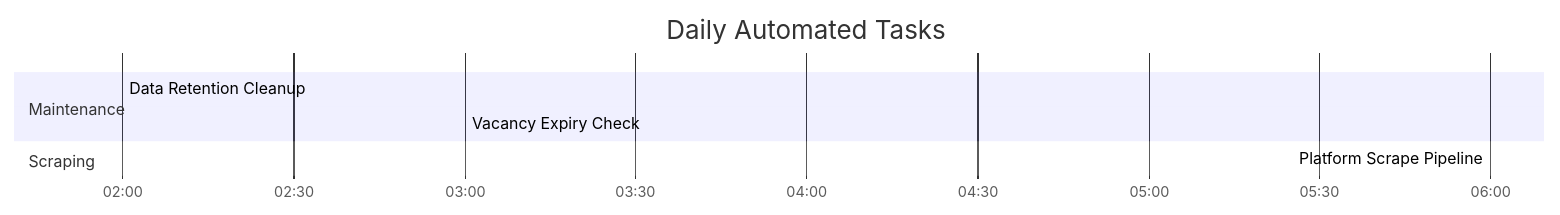
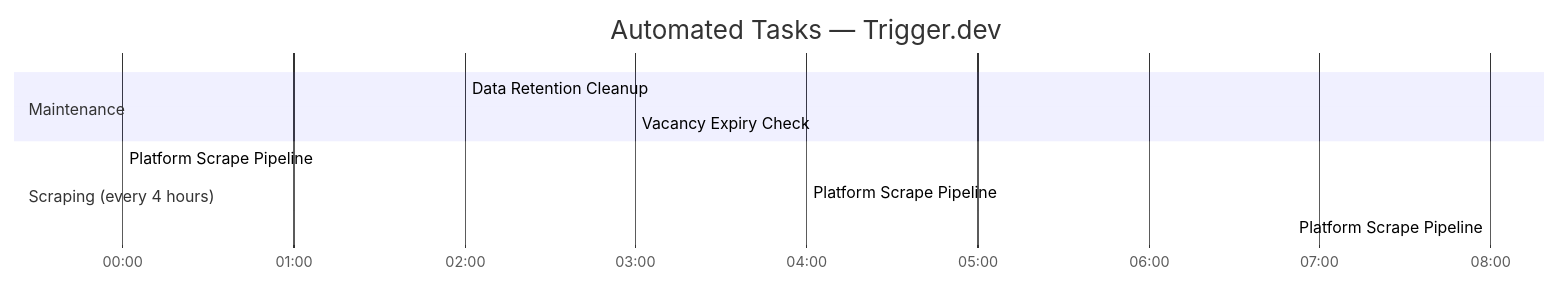
The ninth of 11 diagrams in README.en.md (RyanLisse/motian), drawn with Mermaid before and after one commit. The commit also changed other lines of this file and 1 other file, not shown here.

First line of the commit message:
docs: update READMEs with 3-layer matching, CV pipeline, Trigger.dev, Grok 4

````diff
--- a/README.en.md
+++ b/README.en.md
@@ -296,13 +397,15 @@
 ```mermaid
 gantt
-    title Daily Automated Tasks
+    title Automated Tasks — Trigger.dev
     dateFormat HH:mm
     axisFormat %H:%M
 
     section Maintenance
     Data Retention Cleanup    :02:00, 30min
     Vacancy Expiry Check      :03:00, 15min
 
-    section Scraping
-    Platform Scrape Pipeline  :06:00, 45min
+    section Scraping (every 4 hours)
+    Platform Scrape Pipeline  :00:00, 45min
+    Platform Scrape Pipeline  :04:00, 45min
+    Platform Scrape Pipeline  :08:00, 45min
 ```
````
